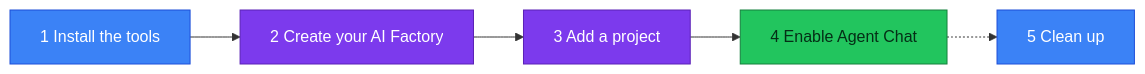
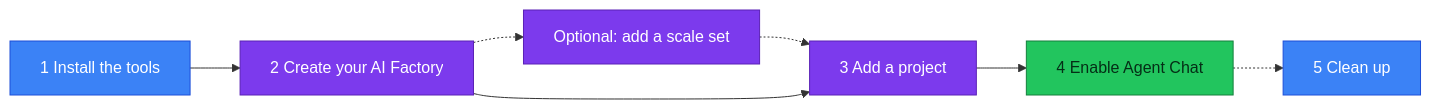
The diagram in documentation/v2/20-29/24-end-2-end-setup.md (jostrm/azure-enterprise-scale-ml), drawn with Mermaid before and after one commit. The commit also changed other lines of this file and 20 other files, not shown here.

````diff
--- a/documentation/v2/20-29/24-end-2-end-setup.md
+++ b/documentation/v2/20-29/24-end-2-end-setup.md
@@ -21,9 +21,10 @@
 ```mermaid
 flowchart LR
   A[1 Install the tools]:::neutral --> B[2 Create your AI Factory]:::factory
+  B -.-> S[Optional: add a scale set]:::factory -.-> C
   B --> C[3 Add a project]:::factory --> D[4 Enable Agent Chat]:::good
   D -.-> E[5 Clean up]:::neutral
   classDef factory fill:#7c3aed,stroke:#5b21b6,color:#ffffff
   classDef good fill:#22c55e,stroke:#15803d,color:#052e16
   classDef neutral fill:#3b82f6,stroke:#1d4ed8,color:#ffffff
 ```
````
